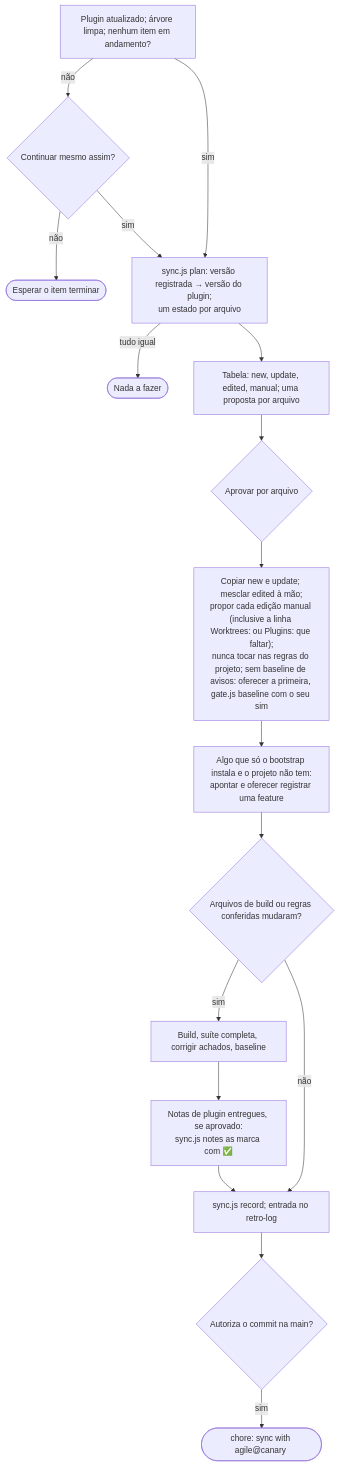
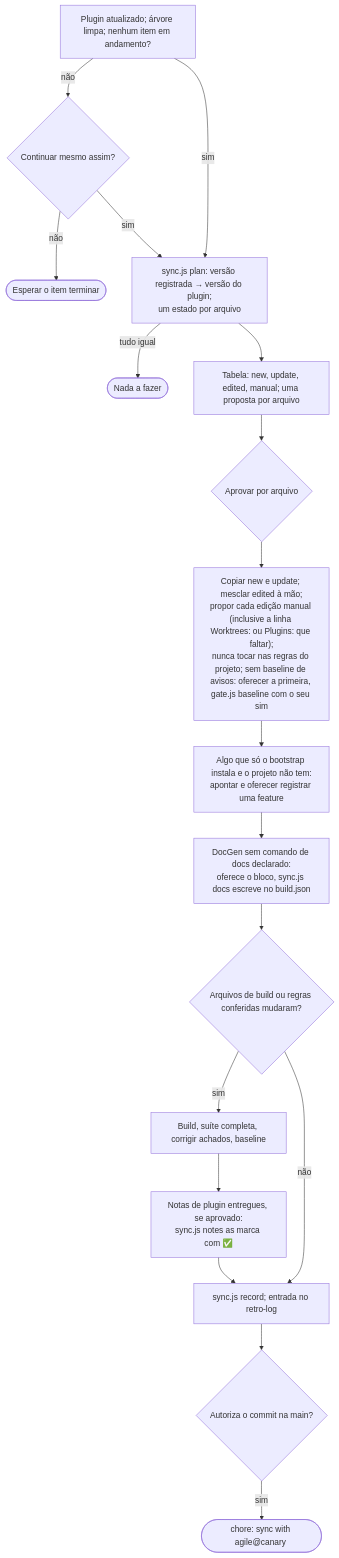
Before and after one commit to alexcanario/simulab: diagram 16 of 18 in docs/agile/workflow.pt-BR.md, drawn with Mermaid. The commit also changed other lines of this file and 5 other files, not shown here.

````diff
--- a/docs/agile/workflow.pt-BR.md
+++ b/docs/agile/workflow.pt-BR.md
@@ -1564,19 +1651,20 @@
 ```mermaid
 flowchart TD
     A["Plugin atualizado; árvore limpa; nenhum item em andamento?"] -->|não| A1{"Continuar mesmo assim?"}
     A1 -->|não| A2(["Esperar o item terminar"])
     A -->|sim| B["sync.js plan: versão registrada → versão do plugin;<br/>um estado por arquivo"]
     A1 -->|sim| B
     B -->|tudo igual| B1(["Nada a fazer"])
     B --> C["Tabela: new, update, edited, manual; uma proposta por arquivo"]
     C --> D{"Aprovar por arquivo"}
     D --> E["Copiar new e update; mesclar edited à mão;<br/>propor cada edição manual (inclusive a linha Worktrees: ou Plugins: que faltar);<br/>nunca tocar nas regras do projeto; sem baseline de avisos: oferecer a primeira, gate.js baseline com o seu sim"]
     E --> E2["Algo que só o bootstrap instala e o projeto não tem:<br/>apontar e oferecer registrar uma feature"]
-    E2 --> F{"Arquivos de build ou regras conferidas mudaram?"}
+    E2 --> E3["DocGen sem comando de docs declarado:<br/>oferece o bloco, sync.js docs escreve no build.json"]
+    E3 --> F{"Arquivos de build ou regras conferidas mudaram?"}
     F -->|sim| G["Build, suíte completa, corrigir achados, baseline"]
     F -->|não| H
     G --> G2["Notas de plugin entregues, se aprovado:<br/>sync.js notes as marca com ✅"]
     G2 --> H["sync.js record; entrada no retro-log"]
     H --> I{"Autoriza o commit na main?"}
     I -->|sim| J(["chore: sync with agile@canary <versão>"])
 ```
````
